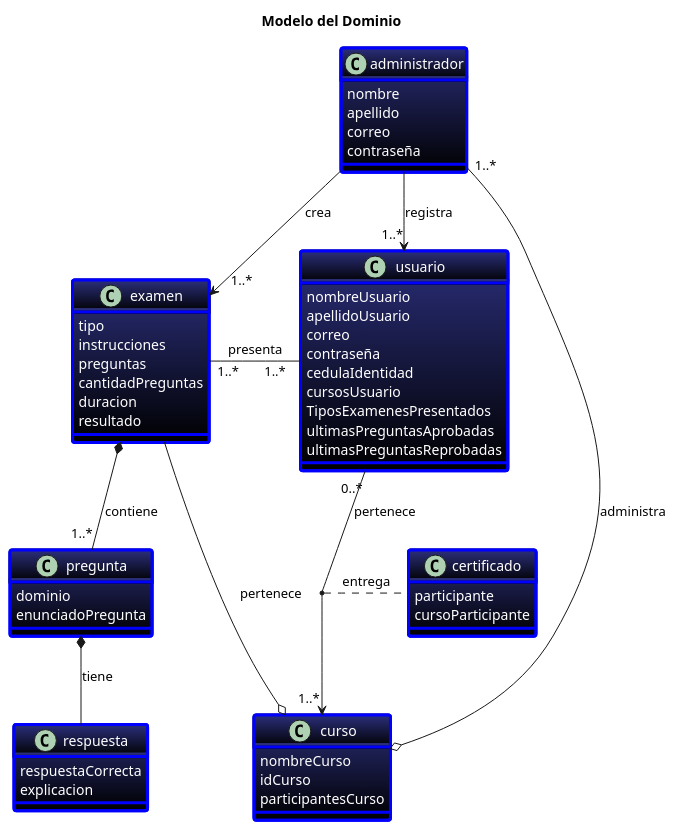
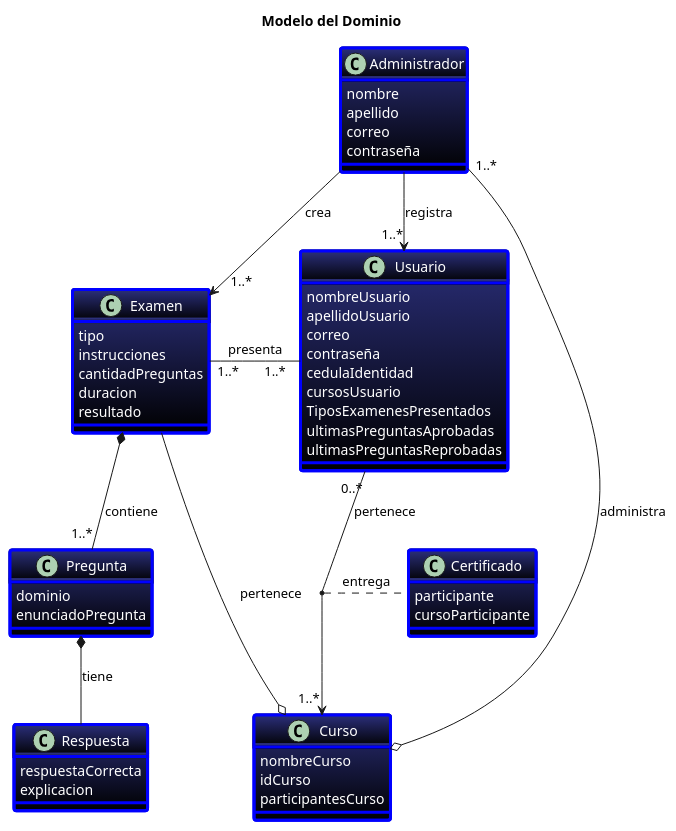
One commit to febres35/EdTech_IS changed the diagram in docs/scenariosView/diagramaClasesDominio.plantuml. Above: the diagram before and after it, drawn with PlantUML.

Commit message:
Cambios Modelo del dominio

```diff
--- a/docs/scenariosView/diagramaClasesDominio.plantuml
+++ b/docs/scenariosView/diagramaClasesDominio.plantuml
@@ -1,69 +1,68 @@
 @startuml "Diagrama de clases"
 
 title "Modelo del Dominio"
 
 skinparam Class{
   BackgroundColor 2B2F7B-black
   AttributeFontColor white
   BorderThickness 3
   BorderColor blue
 }
-class administrador{
+class Administrador{
   nombre
   apellido
   correo
   contraseña
 }
-class usuario{
+class Usuario{
   nombreUsuario
   apellidoUsuario
   correo
   contraseña
   cedulaIdentidad
   cursosUsuario
   TiposExamenesPresentados
   ultimasPreguntasAprobadas
   ultimasPreguntasReprobadas
 }
-class curso{
+class Curso{
   nombreCurso
   idCurso
   participantesCurso
 }
-class examen{
+class Examen{
   tipo
   instrucciones
-  preguntas
   cantidadPreguntas
   duracion
   resultado
 }
-class pregunta{
+class Pregunta{
   dominio
   enunciadoPregunta
 }
-class respuesta{
+class Respuesta{
   respuestaCorrecta
   explicacion
 }
-class certificado{
+class Certificado{
   participante
   cursoParticipante
 }
 
-administrador -down-> "    1..*"examen: crea
-administrador -> "     1..*"usuario: registra
-administrador "1..*"-right-o curso: administra
+Administrador -down-> "    1..*"Examen: crea
+Administrador -> "     1..*"Usuario: registra
+Administrador "1..*"-right-o Curso: administra
 
-usuario "0..*"-->"    1..*"curso: pertenece
-usuario "1..*  "-left- "1..* "examen: presenta
-(usuario, curso) .. certificado: entrega
+Usuario "0..*"-->"    1..*"Curso: pertenece
+Usuario "1..*  "-left- "1..* "Examen: presenta
+(Usuario, Curso) .. Certificado: entrega
 
-examen *-down- "1..*"pregunta: contiene
-pregunta *-- respuesta: tiene
+Examen *-down- "1..*"Pregunta: contiene
+Pregunta *-- Respuesta: tiene
 
-curso o-- examen: pertenece
+Curso o-- Examen: pertenece
 
 
 
 @enduml
```
